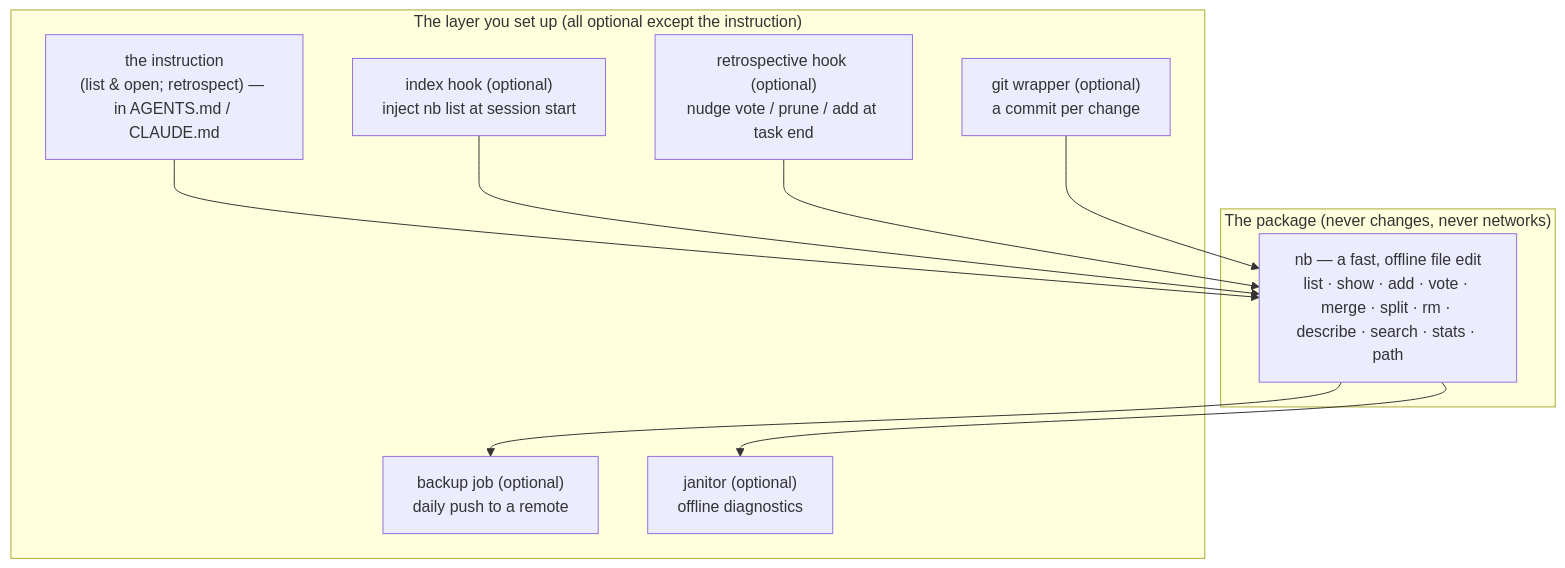
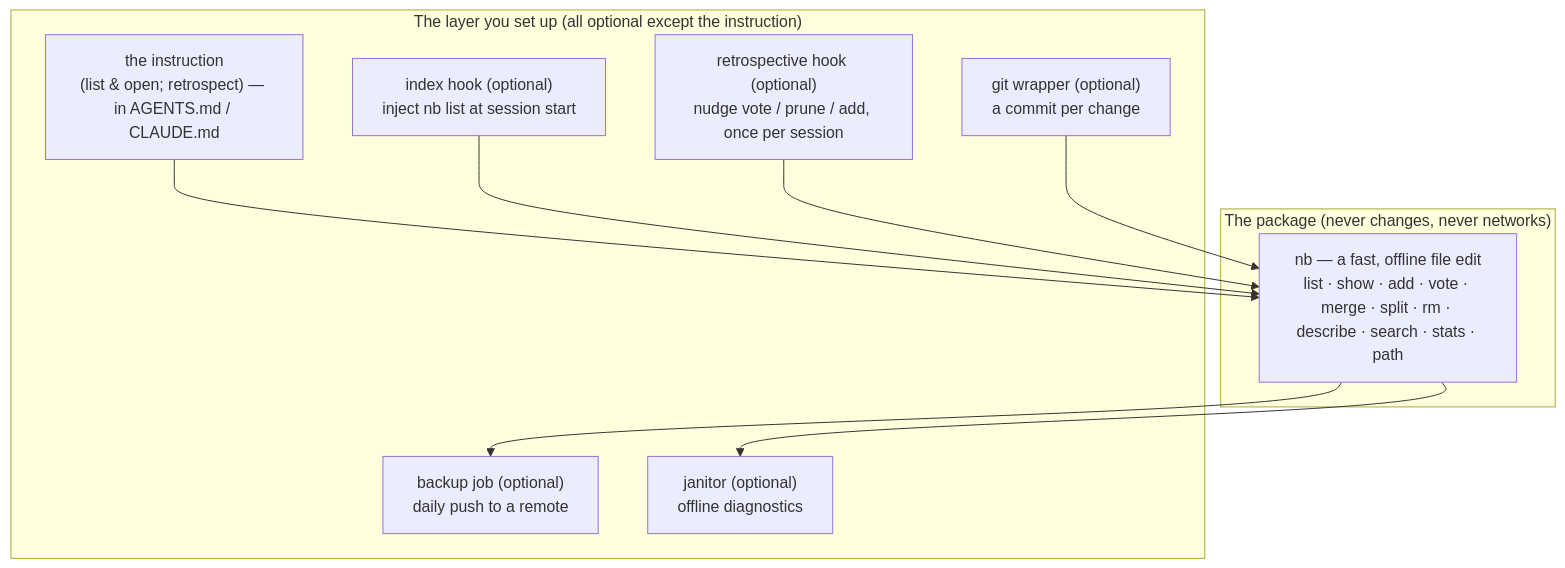
The diagram in docs/harness-setup.md (jeanibarz/agent-notebook), drawn with Mermaid before and after one commit. The commit also changed other lines of this file and 9 other files, not shown here.

````diff
--- a/docs/harness-setup.md
+++ b/docs/harness-setup.md
@@ -21,17 +21,17 @@
 ```mermaid
 flowchart TB
     subgraph core["The package (never changes, never networks)"]
         NB["nb — a fast, offline file edit<br/>list · show · add · vote · merge · split · rm · describe · search · stats · path"]
     end
     subgraph layer["The layer you set up (all optional except the instruction)"]
         I["the instruction<br/>(list & open; retrospect) — in AGENTS.md / CLAUDE.md"]
         H1["index hook (optional)<br/>inject nb list at session start"]
-        H2["retrospective hook (optional)<br/>nudge vote / prune / add at task end"]
+        H2["retrospective hook (optional)<br/>nudge vote / prune / add, once per session"]
         H3["git wrapper (optional)<br/>a commit per change"]
         H4["backup job (optional)<br/>daily push to a remote"]
         H5["janitor (optional)<br/>offline diagnostics"]
     end
     I & H1 & H2 & H3 --> NB
     NB --> H4
     NB --> H5
 ```
````
